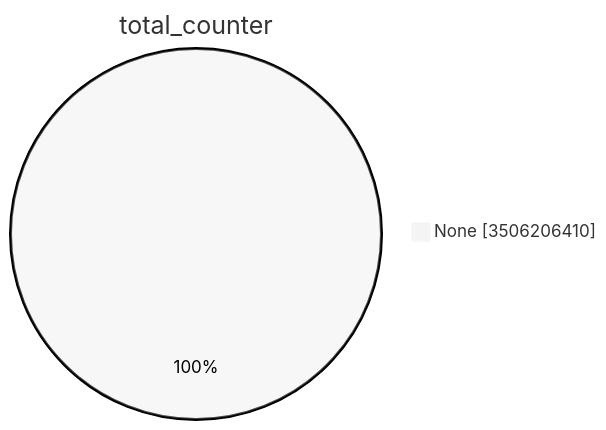
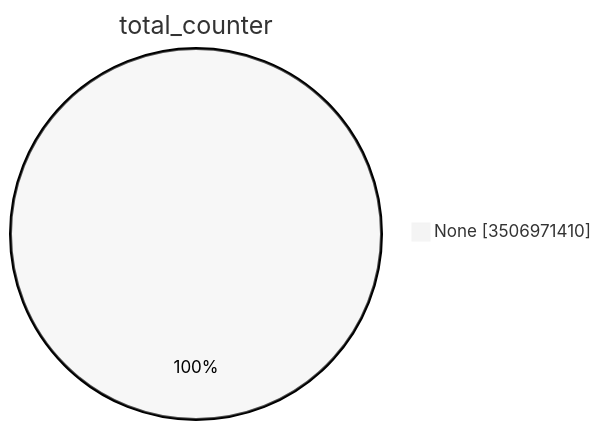
The first of 15 diagrams in TOTAL/README.md (christiankrug/ctmonitor_visualization), drawn with Mermaid (neutral theme) before and after one commit. The commit also changed other lines of this file, not shown here.

````diff
--- a/TOTAL/README.md
+++ b/TOTAL/README.md
@@ -1,5 +1,5 @@
 ```mermaid
 pie showData
 title total_counter
-"None" :3506206410
+"None" :3506971410
 ```
````
